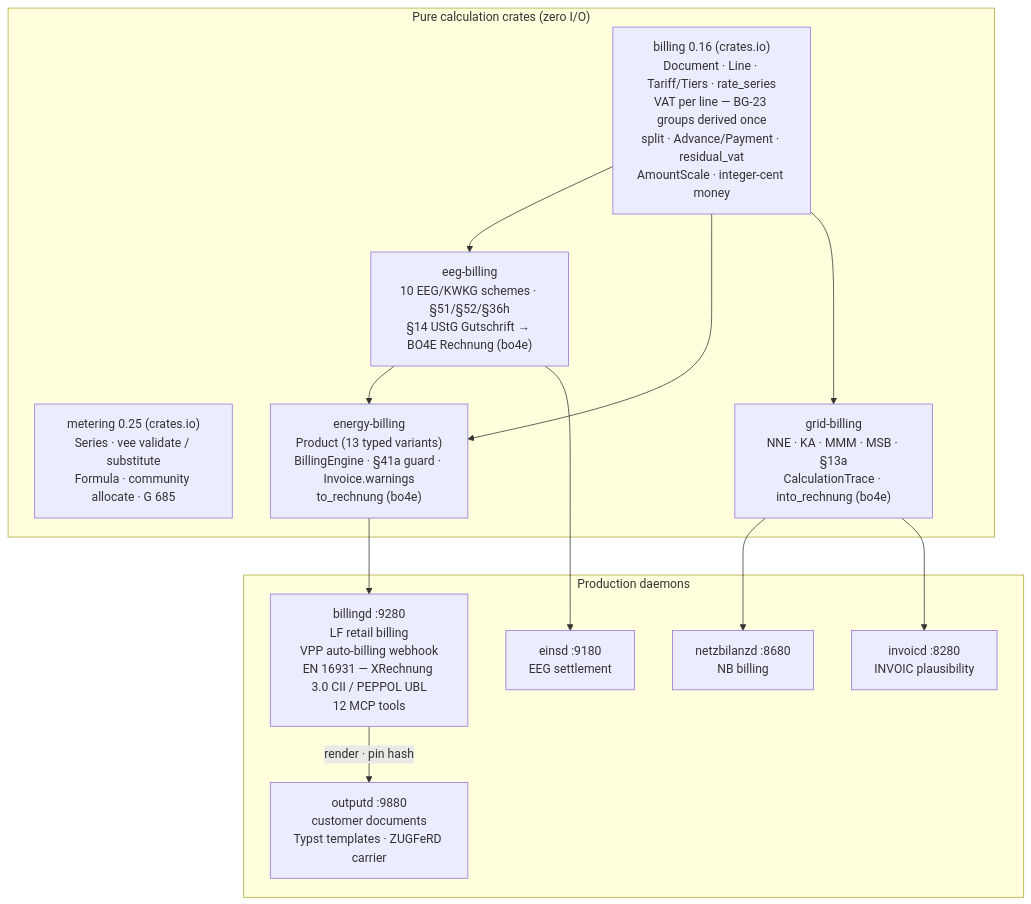
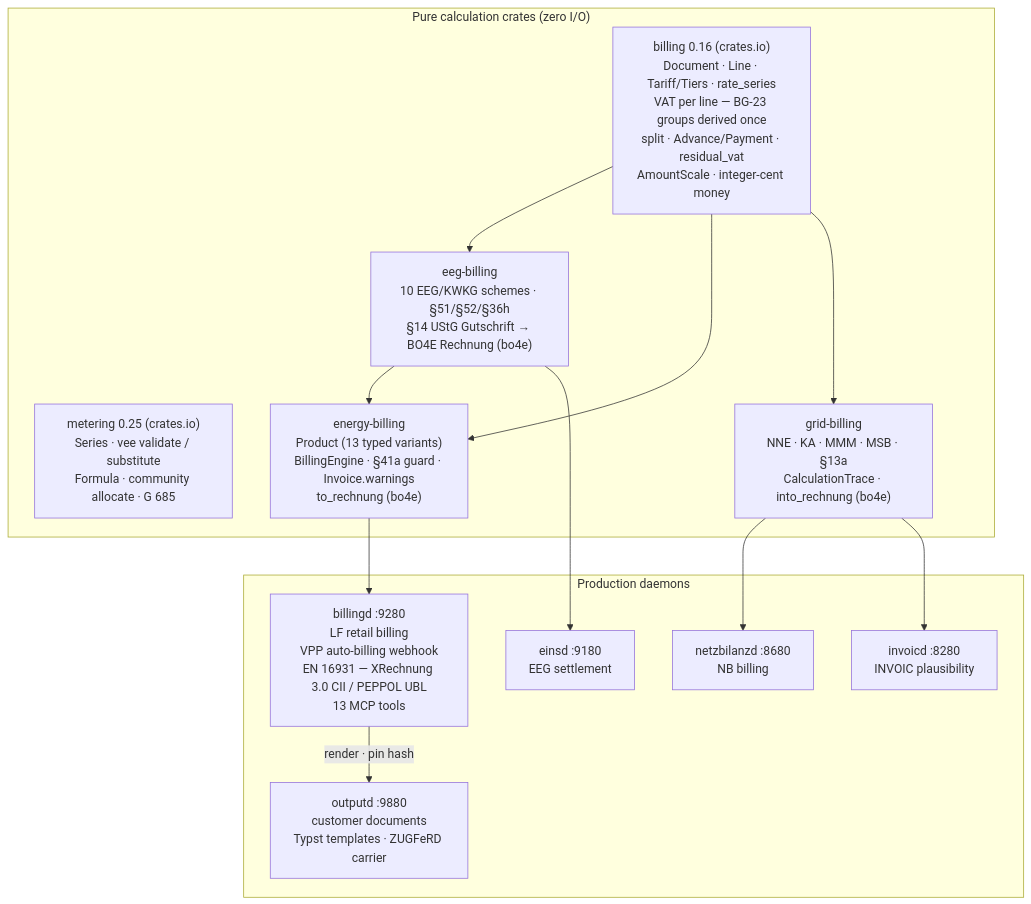
Before and after one commit to hupe1980/mako: the third of 5 diagrams in site/content/docs/architecture/_index.md, drawn with Mermaid. The commit also changed other lines of this file and 313 other files, not shown here.

````diff
--- a/site/content/docs/architecture/_index.md
+++ b/site/content/docs/architecture/_index.md
@@ -171,28 +171,28 @@
 ```mermaid
 graph TD
     subgraph pure ["Pure calculation crates (zero I/O)"]
         billing["billing 0.16 (crates.io)<br/>Document · Line · Tariff/Tiers · rate_series<br/>VAT per line — BG-23 groups derived once<br/>split · Advance/Payment · residual_vat<br/>AmountScale · integer-cent money"]
         metering["metering 0.25 (crates.io)<br/>Series · vee validate / substitute<br/>Formula · community allocate · G 685"]
         eeg["eeg-billing<br/>10 EEG/KWKG schemes · §51/§52/§36h<br/>§14 UStG Gutschrift → BO4E Rechnung (bo4e)"]
         grid["grid-billing<br/>NNE · KA · MMM · MSB · §13a<br/>CalculationTrace · into_rechnung (bo4e)"]
         energy["energy-billing<br/>Product (13 typed variants)<br/>BillingEngine · §41a guard · Invoice.warnings<br/>to_rechnung (bo4e)"]
     end
 
     subgraph daemons ["Production daemons"]
         netzbilanzd["netzbilanzd :8680<br/>NB billing"]
         einsd["einsd :9180<br/>EEG settlement"]
-        billingd["billingd :9280<br/>LF retail billing<br/>VPP auto-billing webhook<br/>EN 16931 — XRechnung 3.0 CII / PEPPOL UBL<br/>12 MCP tools"]
+        billingd["billingd :9280<br/>LF retail billing<br/>VPP auto-billing webhook<br/>EN 16931 — XRechnung 3.0 CII / PEPPOL UBL<br/>13 MCP tools"]
         outputd["outputd :9880<br/>customer documents<br/>Typst templates · ZUGFeRD carrier"]
         invoicd["invoicd :8280<br/>INVOIC plausibility"]
     end
 
     billing --> eeg
     billing --> energy
     billing --> grid
     eeg --> energy
     eeg --> einsd
     grid --> netzbilanzd
     grid --> invoicd
     energy --> billingd
     billingd -->|render · pin hash| outputd
 ```
````
